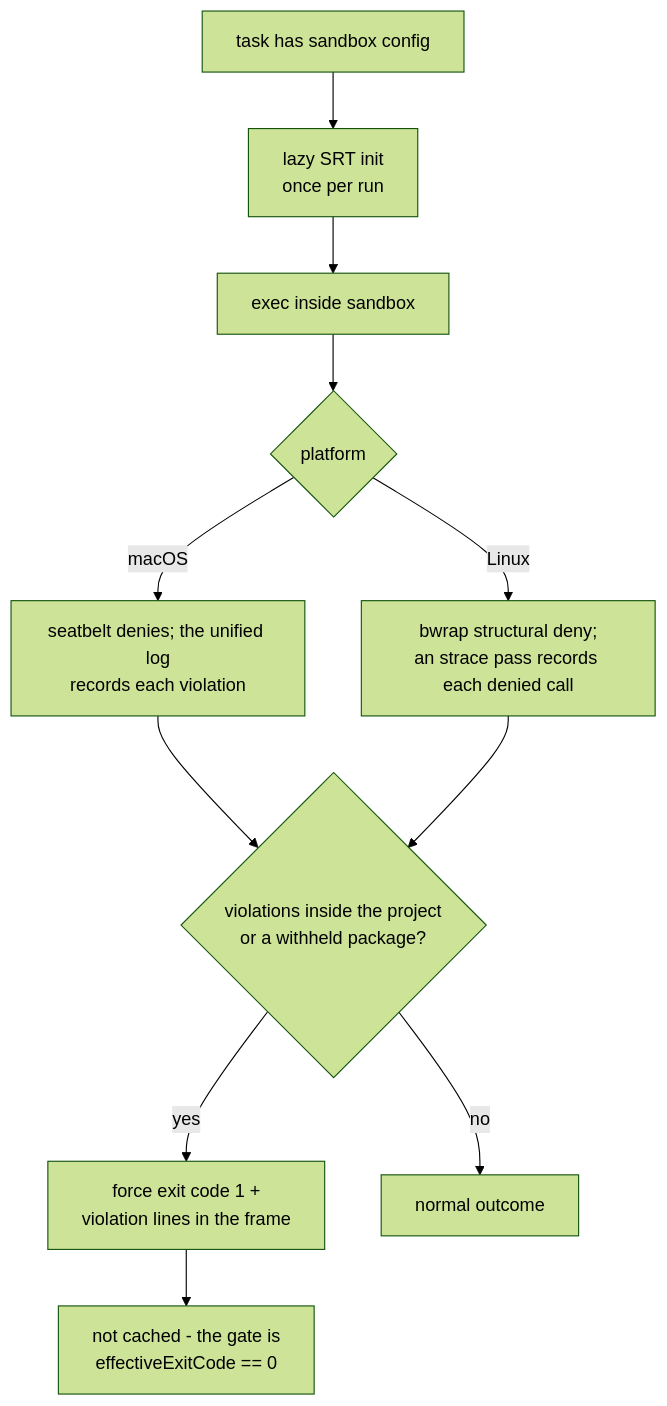
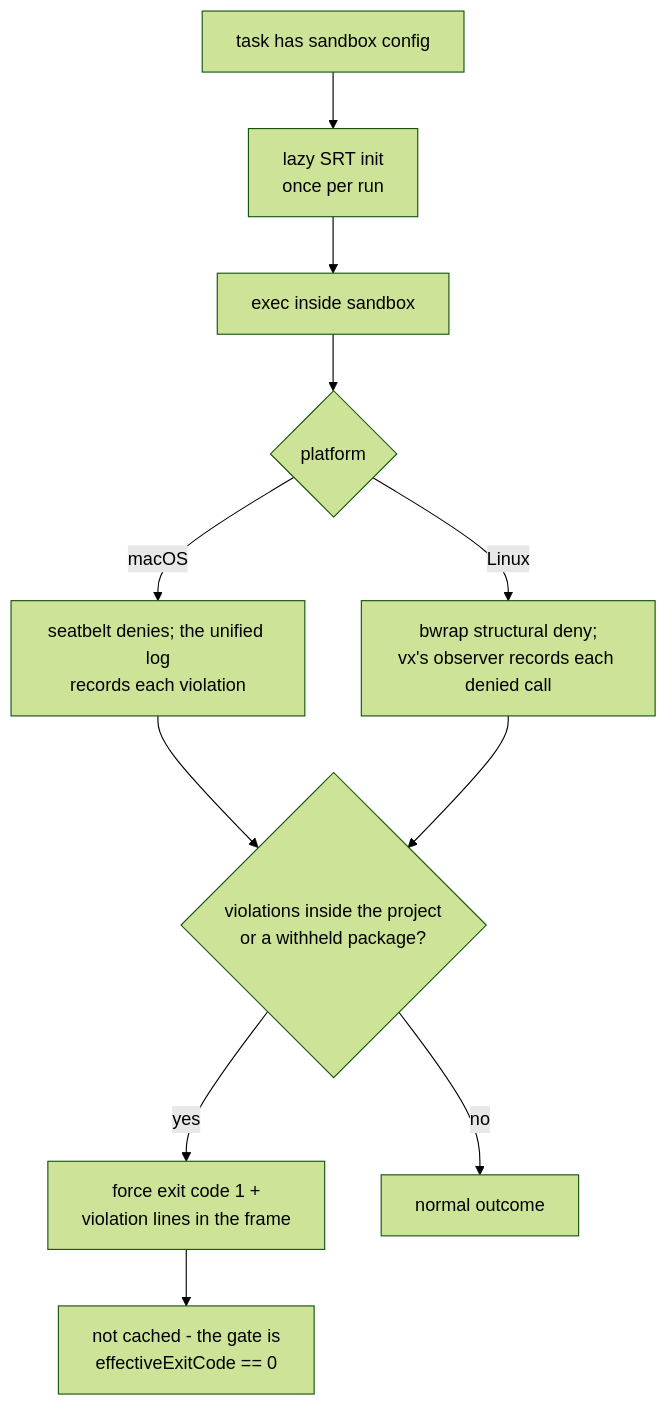
One commit to vznjs/vx changed the eighth of 10 diagrams in packages/vx/docs/flows.md. Above: the diagram before and after it, drawn with Mermaid (forest theme). The commit also changed 24 other files, not shown here.

````diff
--- a/packages/vx/docs/flows.md
+++ b/packages/vx/docs/flows.md
@@ -257,13 +257,13 @@
 ```mermaid
 flowchart TD
     A[task has sandbox config] --> B[lazy SRT init<br/>once per run]
     B --> C[exec inside sandbox]
     C --> D{platform}
     D -->|macOS| E[seatbelt denies; the unified log<br/>records each violation]
-    D -->|Linux| F[bwrap structural deny;<br/>an strace pass records each denied call]
+    D -->|Linux| F[bwrap structural deny;<br/>vx's observer records each denied call]
     E --> G{violations inside the project<br/>or a withheld package?}
     F --> G
     G -->|yes| H[force exit code 1 +<br/>violation lines in the frame]
     G -->|no| I[normal outcome]
     H --> J[not cached - the gate is<br/>effectiveExitCode == 0]
 ```
````
